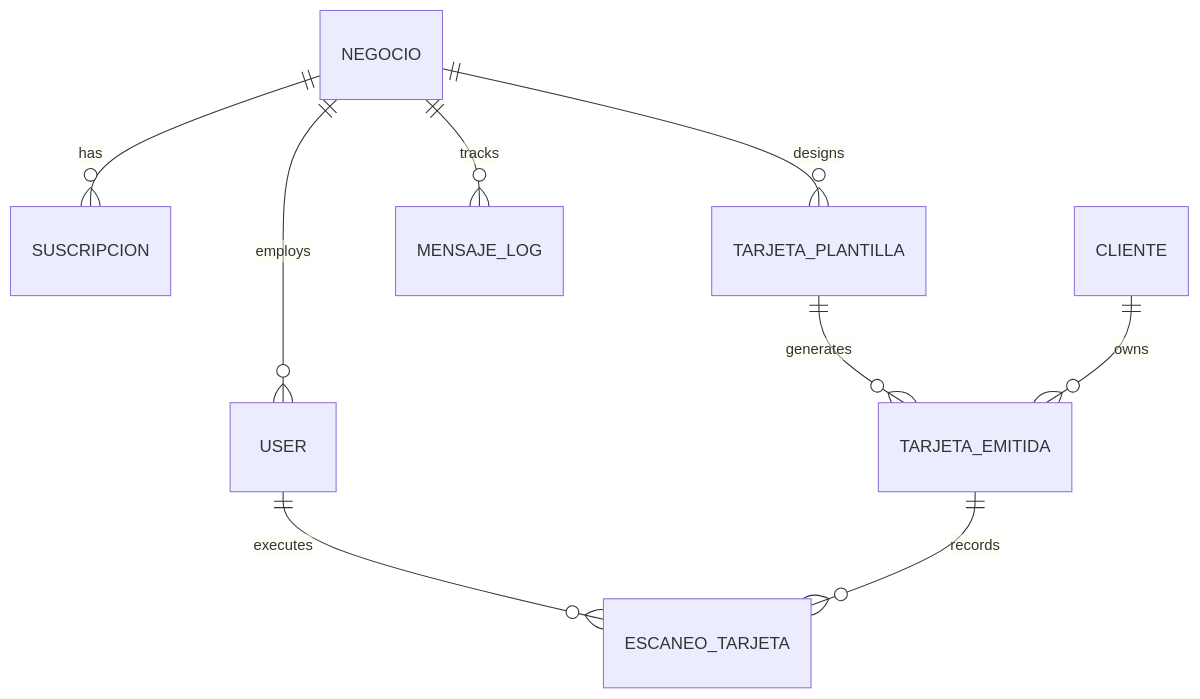
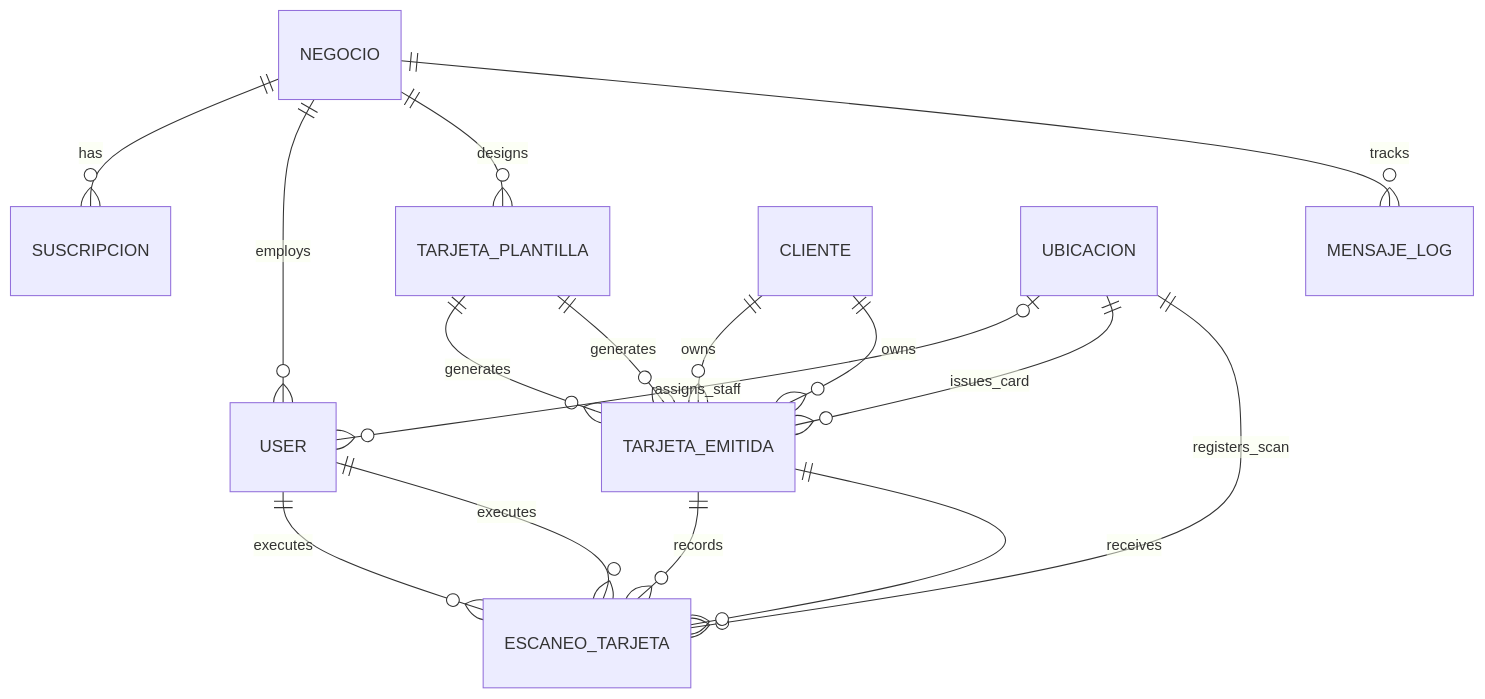
One commit to Manolooo04/FitelyBack-Cala-Backend changed the first of 2 diagrams in README.md. Above: the diagram before and after it, drawn with Mermaid. The commit also changed other lines of this file, not shown here.

````diff
--- a/README.md
+++ b/README.md
@@ -99,11 +101,22 @@
 ```mermaid
 erDiagram
     NEGOCIO ||--o{ SUSCRIPCION : has
     NEGOCIO ||--o{ USER : employs
     NEGOCIO ||--o{ TARJETA_PLANTILLA : designs
     NEGOCIO ||--o{ MENSAJE_LOG : tracks
     USER ||--o{ ESCANEO_TARJETA : executes
     TARJETA_PLANTILLA ||--o{ TARJETA_EMITIDA : generates
     CLIENTE ||--o{ TARJETA_EMITIDA : owns
     TARJETA_EMITIDA ||--o{ ESCANEO_TARJETA : records
+
+    %% Nivel Operativo (El Filtro de Ubicación)
+    UBICACION |o--o{ USER : assigns_staff
+    UBICACION ||--o{ TARJETA_EMITIDA : issues_card
+    UBICACION ||--o{ ESCANEO_TARJETA : registers_scan
+
+    %% Nivel del Consumidor y Transacciones
+    CLIENTE ||--o{ TARJETA_EMITIDA : owns
+    TARJETA_PLANTILLA ||--o{ TARJETA_EMITIDA : generates
+    TARJETA_EMITIDA ||--o{ ESCANEO_TARJETA : receives
+    USER ||--o{ ESCANEO_TARJETA : executes
 ```
````
